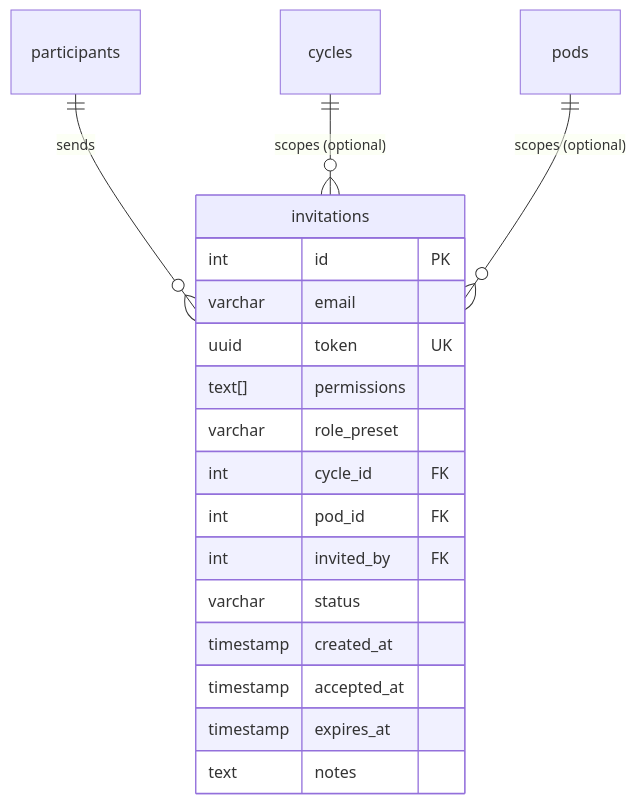
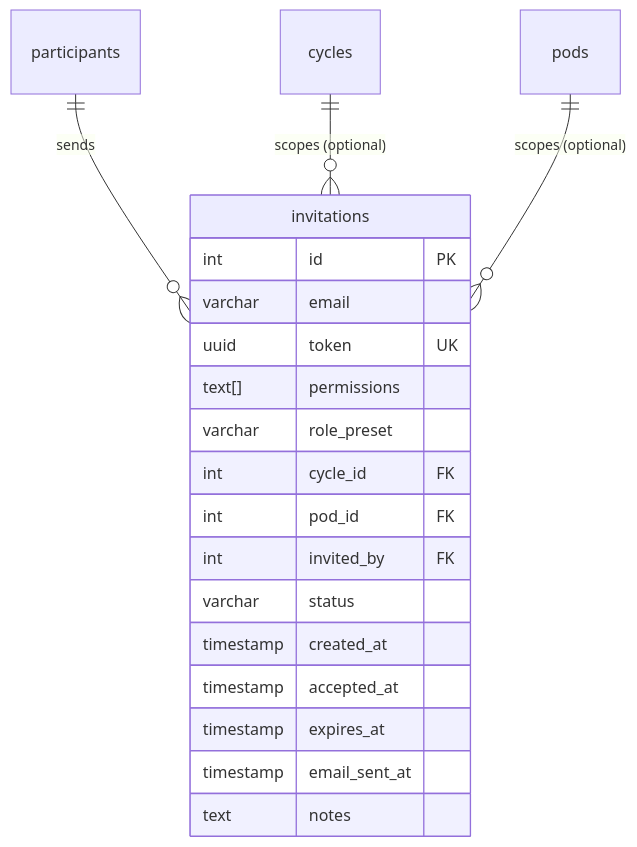
The sixth of 6 diagrams in SCHEMA.md (TheUpskillingLabs/OLOS), drawn with Mermaid before and after one commit. The commit also changed other lines of this file and 10 other files, not shown here.

````diff
--- a/SCHEMA.md
+++ b/SCHEMA.md
@@ -367,22 +367,23 @@
 ```mermaid
 erDiagram
     invitations {
         int id PK
         varchar email
         uuid token UK
         text[] permissions
         varchar role_preset
         int cycle_id FK
         int pod_id FK
         int invited_by FK
         varchar status
         timestamp created_at
         timestamp accepted_at
         timestamp expires_at
+        timestamp email_sent_at
         text notes
     }
 
     participants ||--o{ invitations : "sends"
     cycles ||--o{ invitations : "scopes (optional)"
     pods ||--o{ invitations : "scopes (optional)"
 ```
````
